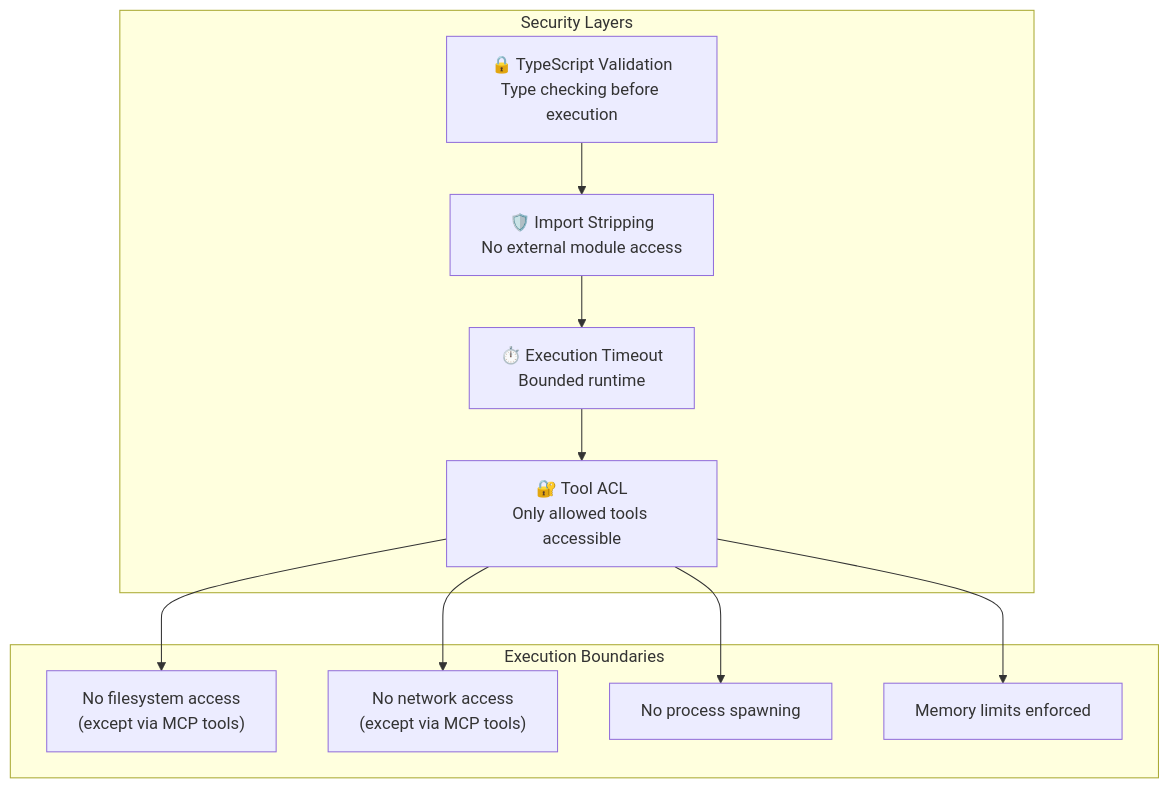
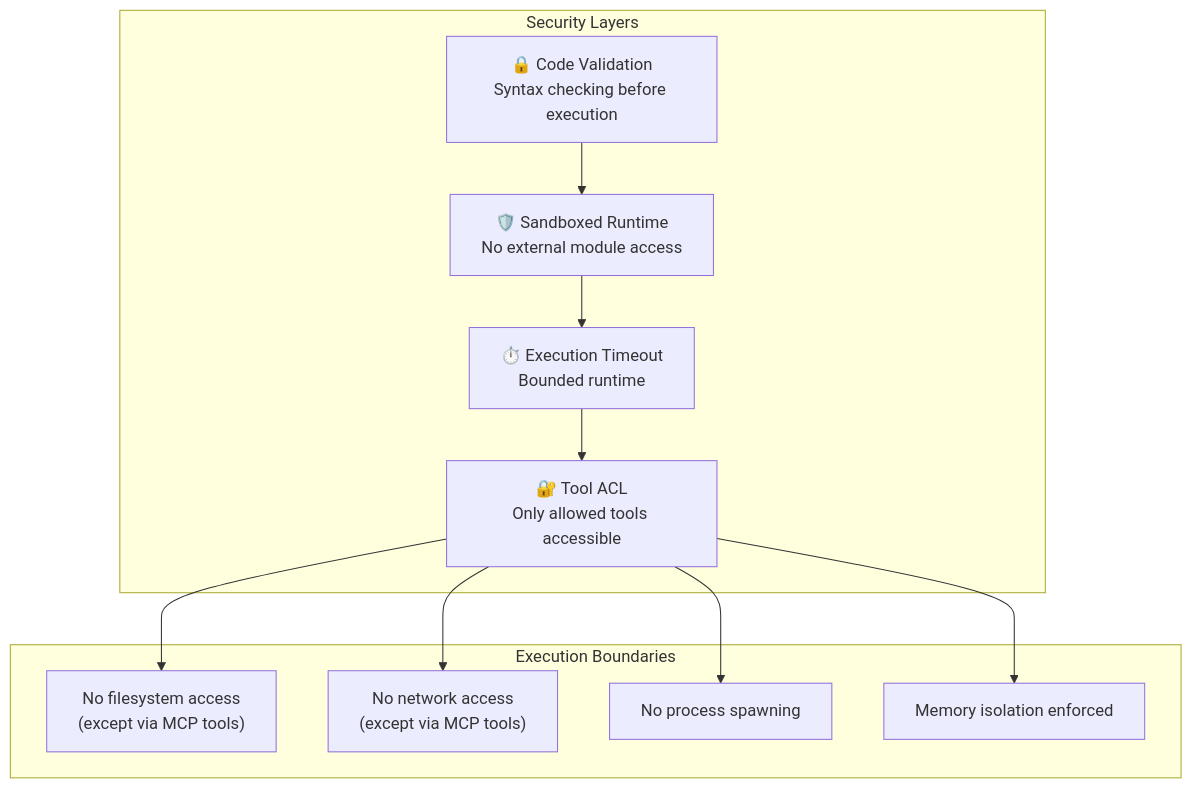
One commit to sammcj/bifrost changed diagram 12 of 13 in docs/architecture/core/mcp.mdx. Above: the diagram before and after it, drawn with Mermaid. The commit also changed other lines of this file and 46 other files, not shown here.

````diff
--- a/docs/architecture/core/mcp.mdx
+++ b/docs/architecture/core/mcp.mdx
@@ -778,22 +782,22 @@
 ```mermaid
 graph TB
     subgraph "Security Layers"
-        L1["🔒 TypeScript Validation<br/>Type checking before execution"]
-        L2["🛡️ Import Stripping<br/>No external module access"]
+        L1["🔒 Code Validation<br/>Syntax checking before execution"]
+        L2["🛡️ Sandboxed Runtime<br/>No external module access"]
         L3["⏱️ Execution Timeout<br/>Bounded runtime"]
         L4["🔐 Tool ACL<br/>Only allowed tools accessible"]
     end
 
     subgraph "Execution Boundaries"
         B1["No filesystem access<br/>(except via MCP tools)"]
         B2["No network access<br/>(except via MCP tools)"]
         B3["No process spawning"]
-        B4["Memory limits enforced"]
+        B4["Memory isolation enforced"]
     end
 
     L1 --> L2 --> L3 --> L4
     L4 --> B1
     L4 --> B2
     L4 --> B3
     L4 --> B4
 ```
````
